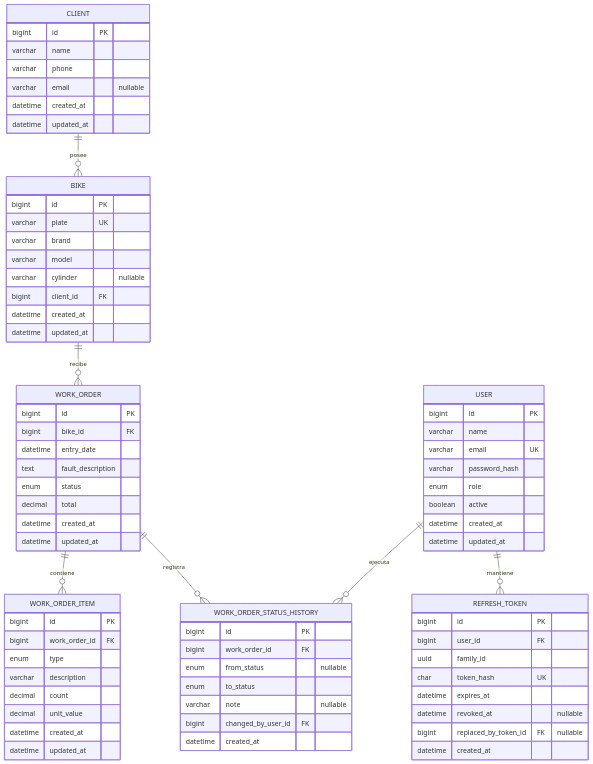
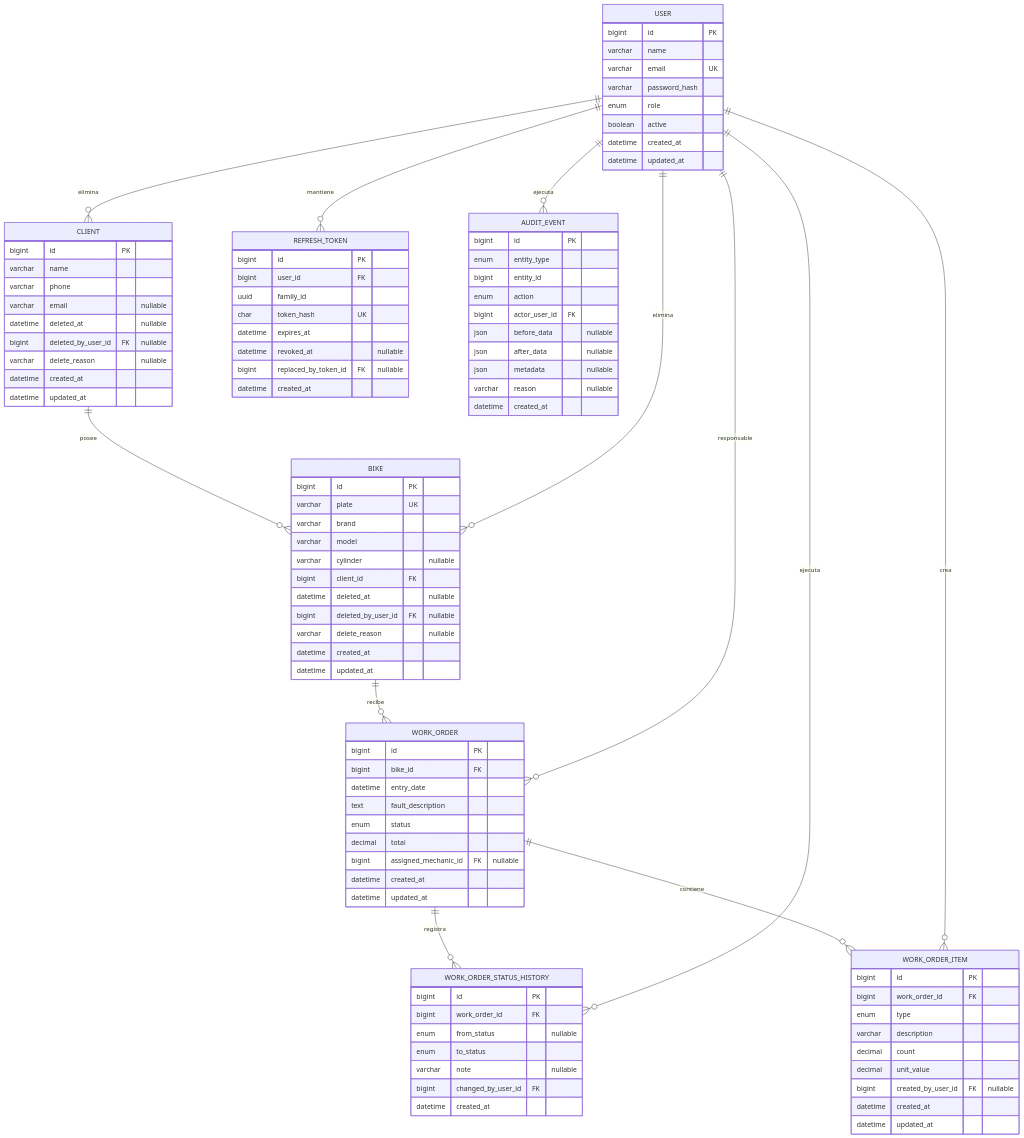
One commit to san7imo/prueba-tecnica-pavas changed the diagram in docs/database.md. Above: the diagram before and after it, drawn with Mermaid. The commit also changed other lines of this file and 5 other files, not shown here.

````diff
--- a/docs/database.md
+++ b/docs/database.md
@@ -24,12 +28,20 @@
     WORK_ORDER ||--o{ WORK_ORDER_STATUS_HISTORY : registra
     USER ||--o{ WORK_ORDER_STATUS_HISTORY : ejecuta
     USER ||--o{ REFRESH_TOKEN : mantiene
+    USER ||--o{ CLIENT : elimina
+    USER ||--o{ BIKE : elimina
+    USER ||--o{ WORK_ORDER : responsable
+    USER ||--o{ WORK_ORDER_ITEM : crea
+    USER ||--o{ AUDIT_EVENT : ejecuta
 
     CLIENT {
       bigint id PK
       varchar name
       varchar phone
       varchar email "nullable"
+      datetime deleted_at "nullable"
+      bigint deleted_by_user_id FK "nullable"
+      varchar delete_reason "nullable"
       datetime created_at
       datetime updated_at
     }
@@ -40,6 +52,9 @@
       varchar model
       varchar cylinder "nullable"
       bigint client_id FK
+      datetime deleted_at "nullable"
+      bigint deleted_by_user_id FK "nullable"
+      varchar delete_reason "nullable"
       datetime created_at
       datetime updated_at
     }
@@ -50,6 +65,7 @@
       text fault_description
       enum status
       decimal total
+      bigint assigned_mechanic_id FK "nullable"
       datetime created_at
       datetime updated_at
     }
@@ -60,6 +76,7 @@
       varchar description
       decimal count
       decimal unit_value
+      bigint created_by_user_id FK "nullable"
       datetime created_at
       datetime updated_at
     }
@@ -92,4 +109,16 @@
       bigint changed_by_user_id FK
       datetime created_at
     }
+    AUDIT_EVENT {
+      bigint id PK
+      enum entity_type
+      bigint entity_id
+      enum action
+      bigint actor_user_id FK
+      json before_data "nullable"
+      json after_data "nullable"
+      json metadata "nullable"
+      varchar reason "nullable"
+      datetime created_at
+    }
 ```
````
